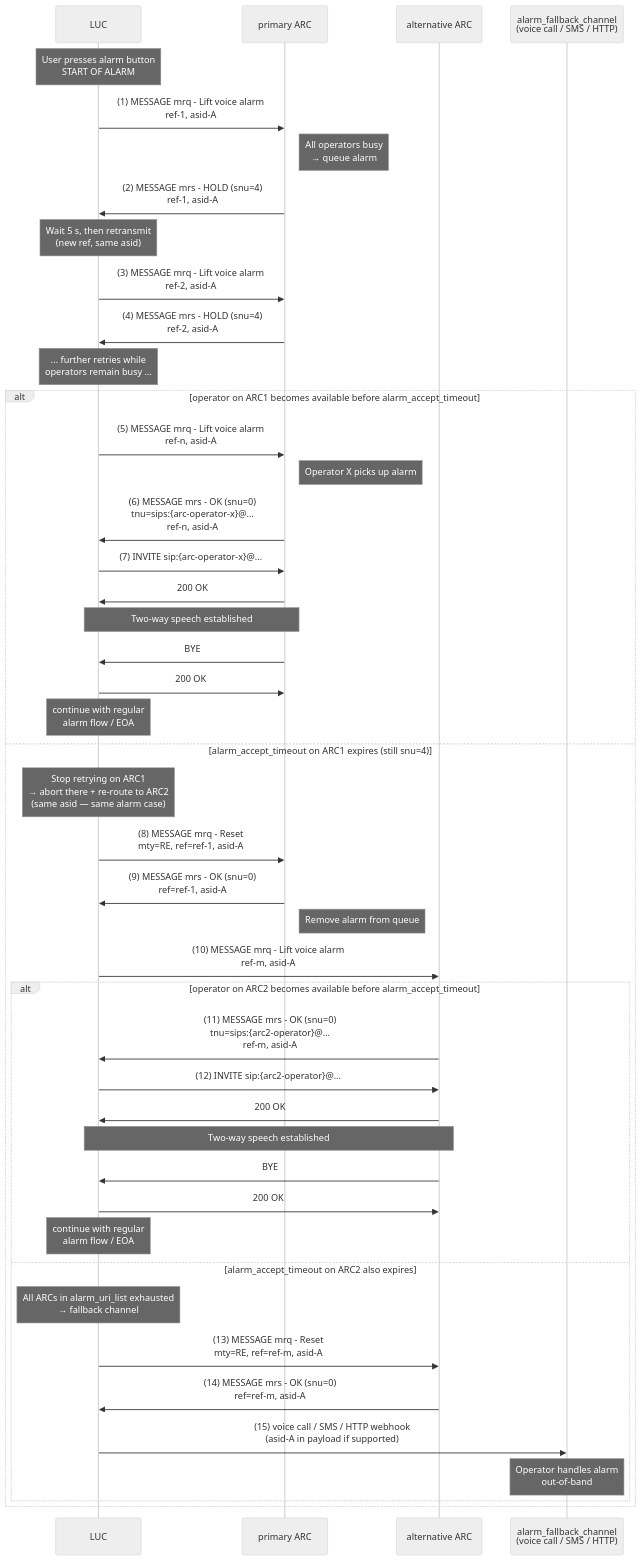
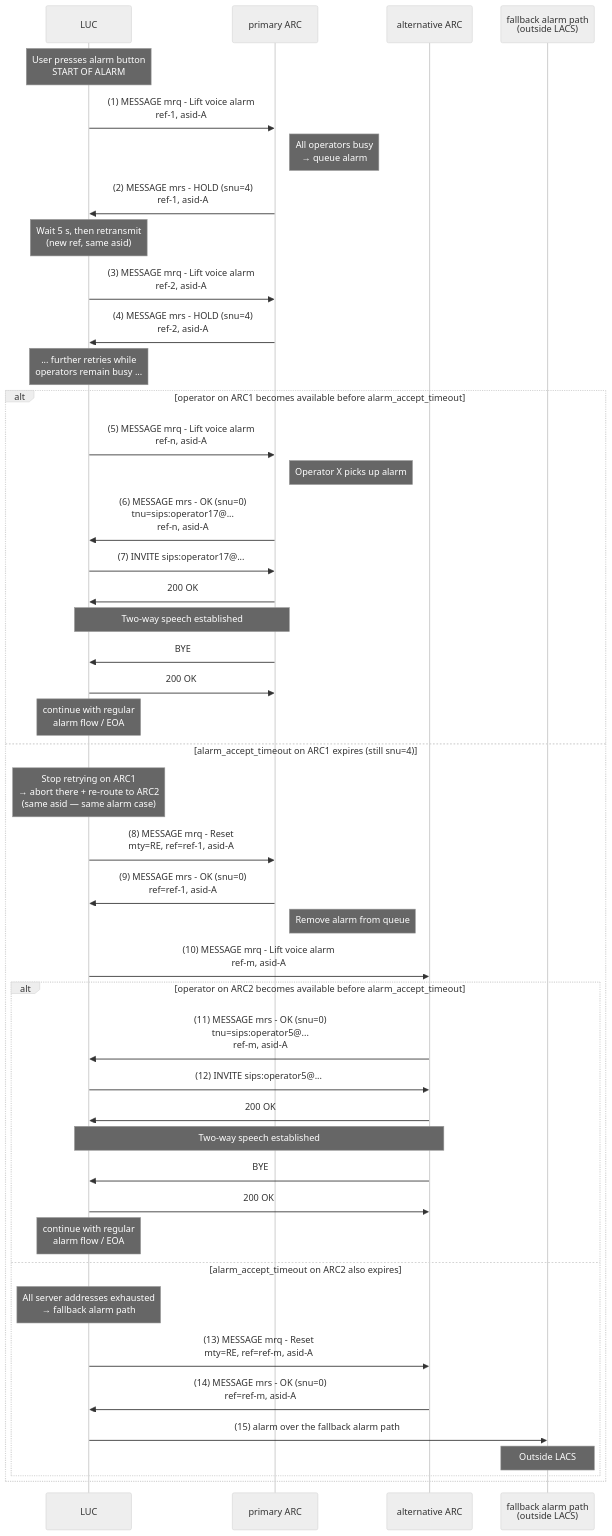
The second of 12 diagrams in LACS-usecases.md (Telegartner-Elektronik/LACS-Protocol), drawn with Mermaid (neutral theme) before and after one commit. The commit also changed other lines of this file and 10 other files, not shown here.

````diff
--- a/LACS-usecases.md
+++ b/LACS-usecases.md
@@ -178,62 +253,62 @@
 ```mermaid
 sequenceDiagram
     participant LUC
     participant ARC1 as primary ARC
     participant ARC2 as alternative ARC
-    participant OOB as alarm_fallback_channel<br>(voice call / SMS / HTTP)
+    participant OOB as fallback alarm path<br>(outside LACS)
 
     Note over LUC: User presses alarm button<br>START OF ALARM
 
     LUC->>ARC1: (1) MESSAGE mrq - Lift voice alarm<br>ref-1, asid-A
     Note right of ARC1: All operators busy<br>→ queue alarm
     ARC1->>LUC: (2) MESSAGE mrs - HOLD (snu=4)<br>ref-1, asid-A
 
     Note over LUC: Wait 5 s, then retransmit<br>(new ref, same asid)
 
     LUC->>ARC1: (3) MESSAGE mrq - Lift voice alarm<br>ref-2, asid-A
     ARC1->>LUC: (4) MESSAGE mrs - HOLD (snu=4)<br>ref-2, asid-A
 
     Note over LUC: ... further retries while<br>operators remain busy ...
 
     alt operator on ARC1 becomes available before alarm_accept_timeout
         LUC->>ARC1: (5) MESSAGE mrq - Lift voice alarm<br>ref-n, asid-A
         Note right of ARC1: Operator X picks up alarm
-        ARC1->>LUC: (6) MESSAGE mrs - OK (snu=0)<br>tnu=sips:{arc-operator-x}@...<br>ref-n, asid-A
+        ARC1->>LUC: (6) MESSAGE mrs - OK (snu=0)<br>tnu=sips:operator17@...<br>ref-n, asid-A
 
-        LUC->>ARC1: (7) INVITE sip:{arc-operator-x}@...
+        LUC->>ARC1: (7) INVITE sips:operator17@...
         ARC1->>LUC: 200 OK
         Note over LUC, ARC1: Two-way speech established
         ARC1->>LUC: BYE
         LUC->>ARC1: 200 OK
 
         Note over LUC: continue with regular<br>alarm flow / EOA
     else alarm_accept_timeout on ARC1 expires (still snu=4)
         Note over LUC: Stop retrying on ARC1<br>→ abort there + re-route to ARC2<br>(same asid — same alarm case)
 
         LUC->>ARC1: (8) MESSAGE mrq - Reset<br>mty=RE, ref=ref-1, asid-A
         ARC1->>LUC: (9) MESSAGE mrs - OK (snu=0)<br>ref=ref-1, asid-A
         Note right of ARC1: Remove alarm from queue
 
         LUC->>ARC2: (10) MESSAGE mrq - Lift voice alarm<br>ref-m, asid-A
 
         alt operator on ARC2 becomes available before alarm_accept_timeout
-            ARC2->>LUC: (11) MESSAGE mrs - OK (snu=0)<br>tnu=sips:{arc2-operator}@...<br>ref-m, asid-A
+            ARC2->>LUC: (11) MESSAGE mrs - OK (snu=0)<br>tnu=sips:operator5@...<br>ref-m, asid-A
 
-            LUC->>ARC2: (12) INVITE sip:{arc2-operator}@...
+            LUC->>ARC2: (12) INVITE sips:operator5@...
             ARC2->>LUC: 200 OK
             Note over LUC, ARC2: Two-way speech established
             ARC2->>LUC: BYE
             LUC->>ARC2: 200 OK
 
             Note over LUC: continue with regular<br>alarm flow / EOA
         else alarm_accept_timeout on ARC2 also expires
-            Note over LUC: All ARCs in alarm_uri_list exhausted<br>→ fallback channel
+            Note over LUC: All server addresses exhausted<br>→ fallback alarm path
 
             LUC->>ARC2: (13) MESSAGE mrq - Reset<br>mty=RE, ref=ref-m, asid-A
             ARC2->>LUC: (14) MESSAGE mrs - OK (snu=0)<br>ref=ref-m, asid-A
 
-            LUC->>OOB: (15) voice call / SMS / HTTP webhook<br>(asid-A in payload if supported)
-            Note over OOB: Operator handles alarm<br>out-of-band
+            LUC->>OOB: (15) alarm over the fallback alarm path
+            Note over OOB: Outside LACS
         end
     end
 ```
````
